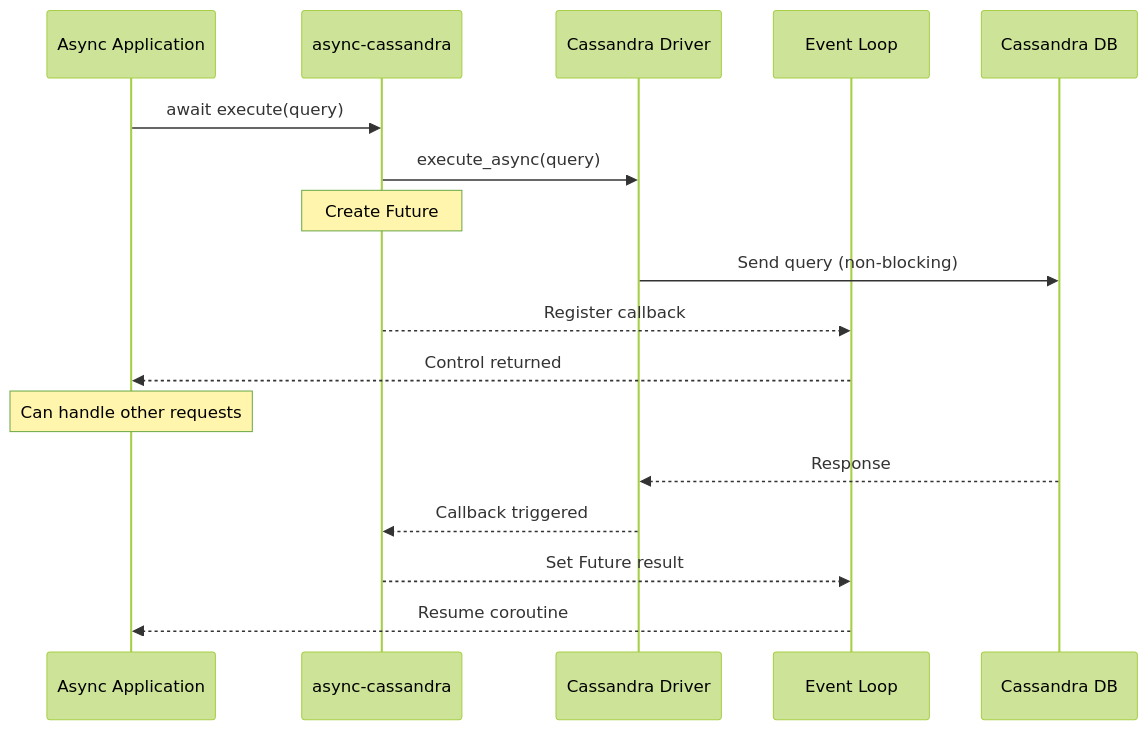
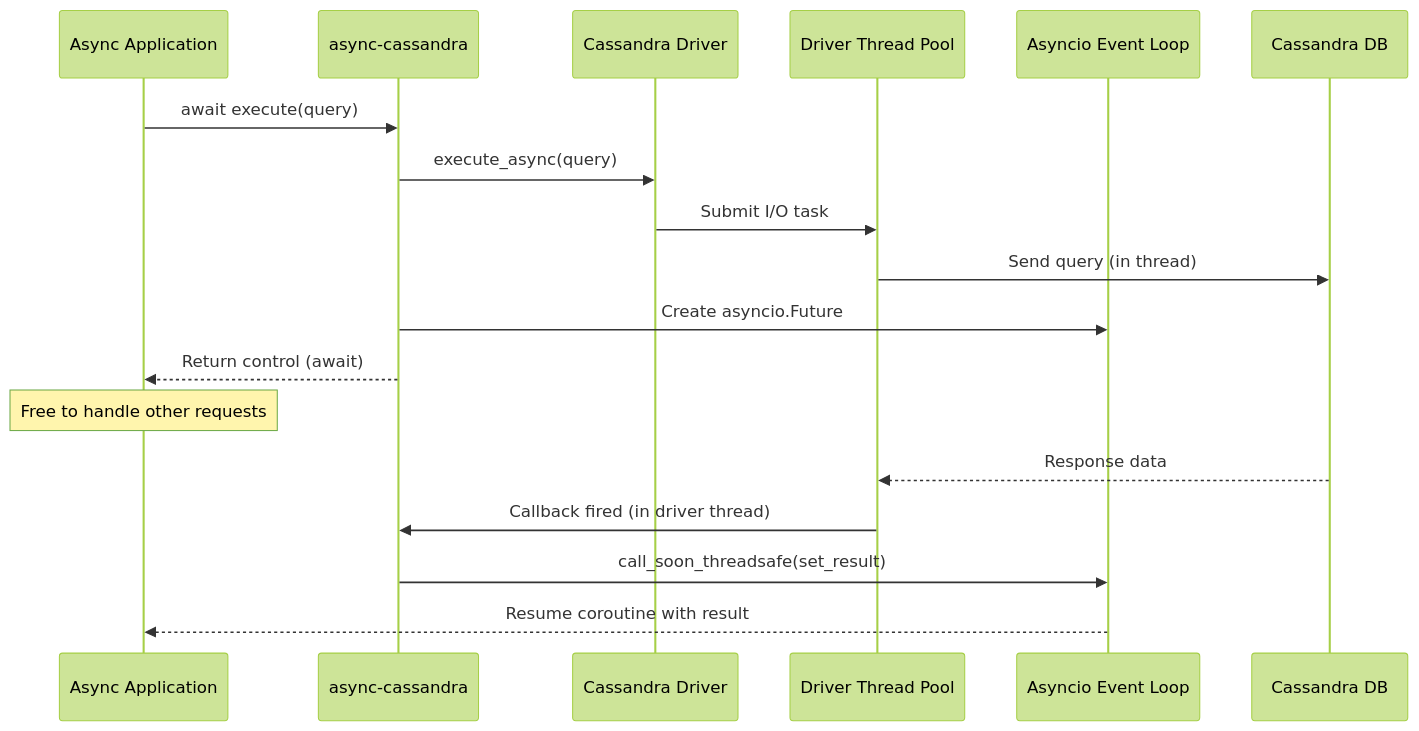
The second of 4 diagrams in docs/architecture.md (axonops/async-python-cassandra-client), drawn with Mermaid (forest theme) before and after one commit. The commit also changed other lines of this file and 1 other file, not shown here.

Commit message:
updating streaming and architecture docs

````diff
--- a/docs/architecture.md
+++ b/docs/architecture.md
@@ -40,20 +44,23 @@
 ```mermaid
 sequenceDiagram
     participant App as Async Application
     participant AsyncWrapper as async-cassandra
     participant Driver as Cassandra Driver
-    participant EventLoop as Event Loop
+    participant ThreadPool as Driver Thread Pool
+    participant EventLoop as Asyncio Event Loop
     participant Cassandra as Cassandra DB
 
     App->>AsyncWrapper: await execute(query)
     AsyncWrapper->>Driver: execute_async(query)
-    Note over AsyncWrapper: Create Future
-    Driver->>Cassandra: Send query (non-blocking)
-    AsyncWrapper-->>EventLoop: Register callback
-    EventLoop-->>App: Control returned
-    Note over App: Can handle other requests
-    Cassandra-->>Driver: Response
-    Driver-->>AsyncWrapper: Callback triggered
-    AsyncWrapper-->>EventLoop: Set Future result
-    EventLoop-->>App: Resume coroutine
+    Driver->>ThreadPool: Submit I/O task
+    ThreadPool->>Cassandra: Send query (in thread)
+    AsyncWrapper->>EventLoop: Create asyncio.Future
+    AsyncWrapper-->>App: Return control (await)
+
+    Note over App: Free to handle other requests
+
+    Cassandra-->>ThreadPool: Response data
+    ThreadPool->>AsyncWrapper: Callback fired (in driver thread)
+    AsyncWrapper->>EventLoop: call_soon_threadsafe(set_result)
+    EventLoop-->>App: Resume coroutine with result
 ```
````
